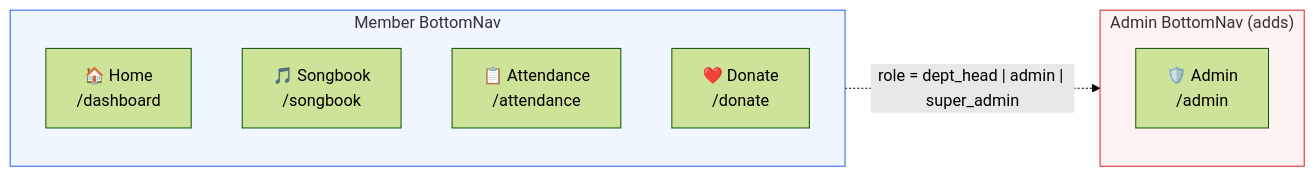
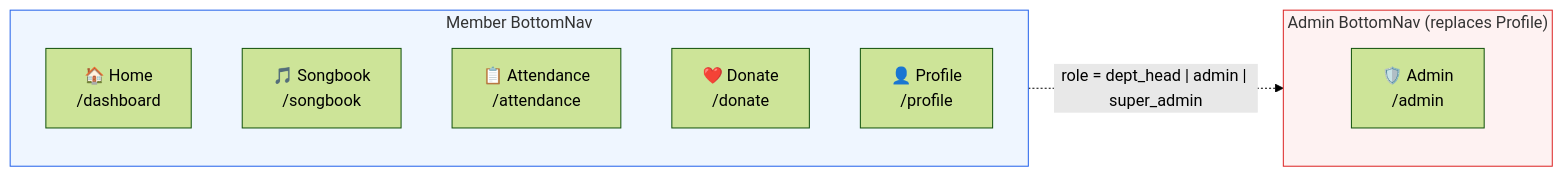
The third of 4 diagrams in docs/routes.md (Felege-Yordanos-Tech-Team/felege-yordanos-app), drawn with Mermaid (forest theme) before and after one commit. The commit also changed other lines of this file and 3 other files, not shown here.

First line of the commit message:
docs: 📝 update all architecture docs for latest features

````diff
--- a/docs/routes.md
+++ b/docs/routes.md
@@ -86,18 +94,19 @@
 ```mermaid
 graph LR
     subgraph MEMBER_NAV["Member BottomNav"]
         N1["🏠 Home<br/>/dashboard"]
         N2["🎵 Songbook<br/>/songbook"]
         N3["📋 Attendance<br/>/attendance"]
         N4["❤️ Donate<br/>/donate"]
+        N5["👤 Profile<br/>/profile"]
     end
 
-    subgraph ADMIN_NAV["Admin BottomNav (adds)"]
-        N5["🛡️ Admin<br/>/admin"]
+    subgraph ADMIN_NAV["Admin BottomNav (replaces Profile)"]
+        N6["🛡️ Admin<br/>/admin"]
     end
 
     MEMBER_NAV -.->|"role = dept_head | admin | super_admin"| ADMIN_NAV
 
     style MEMBER_NAV fill:#eff6ff,stroke:#2563eb
     style ADMIN_NAV fill:#fef2f2,stroke:#dc2626
 ```
````
